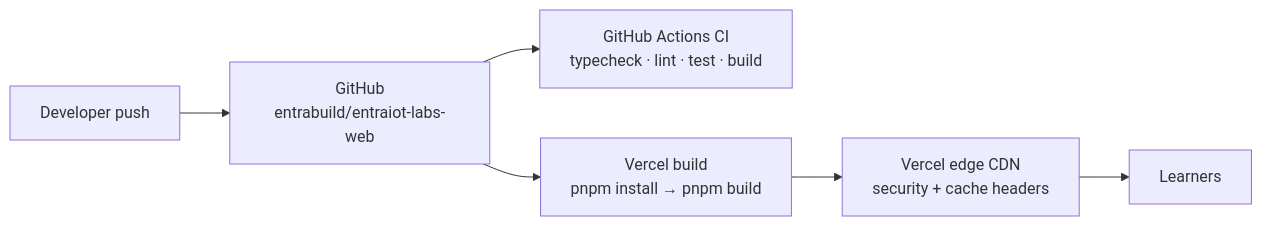
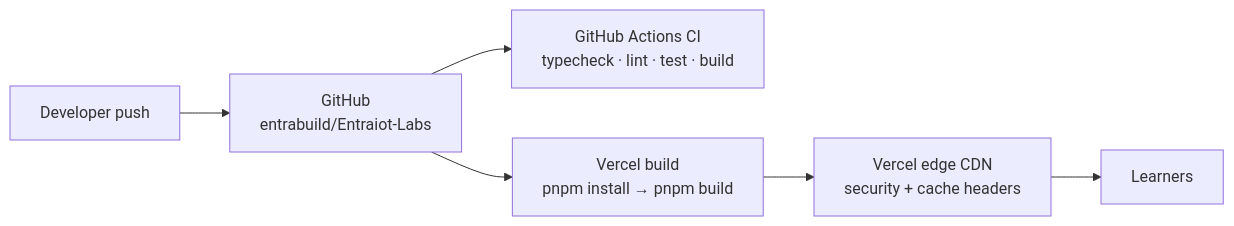
Before and after one commit to entrabuild/Entraiot-Labs: the ninth of 9 diagrams in README.md, drawn with Mermaid. The commit also changed other lines of this file, not shown here.

````diff
--- a/README.md
+++ b/README.md
@@ -311,8 +377,8 @@
 ```mermaid
 flowchart LR
-  dev["Developer push"] --> gh["GitHub<br/>entrabuild/entraiot-labs-web"]
+  dev["Developer push"] --> gh["GitHub<br/>entrabuild/Entraiot-Labs"]
   gh --> ci["GitHub Actions CI<br/>typecheck · lint · test · build"]
   gh --> vercel["Vercel build<br/>pnpm install → pnpm build"]
   vercel --> cdn["Vercel edge CDN<br/>security + cache headers"]
   cdn --> users["Learners"]
 ```
````
